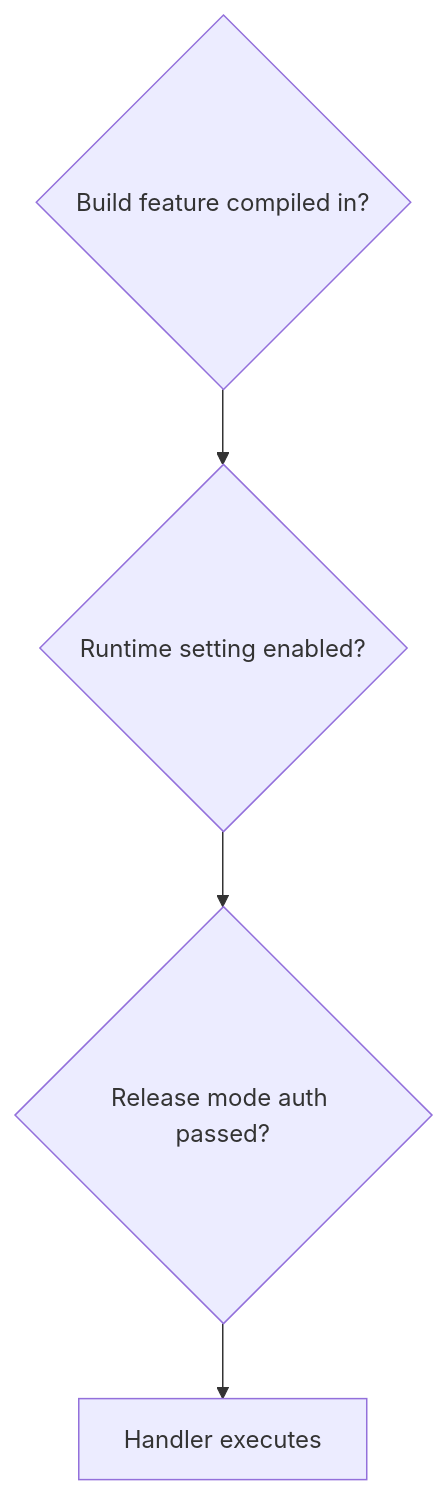
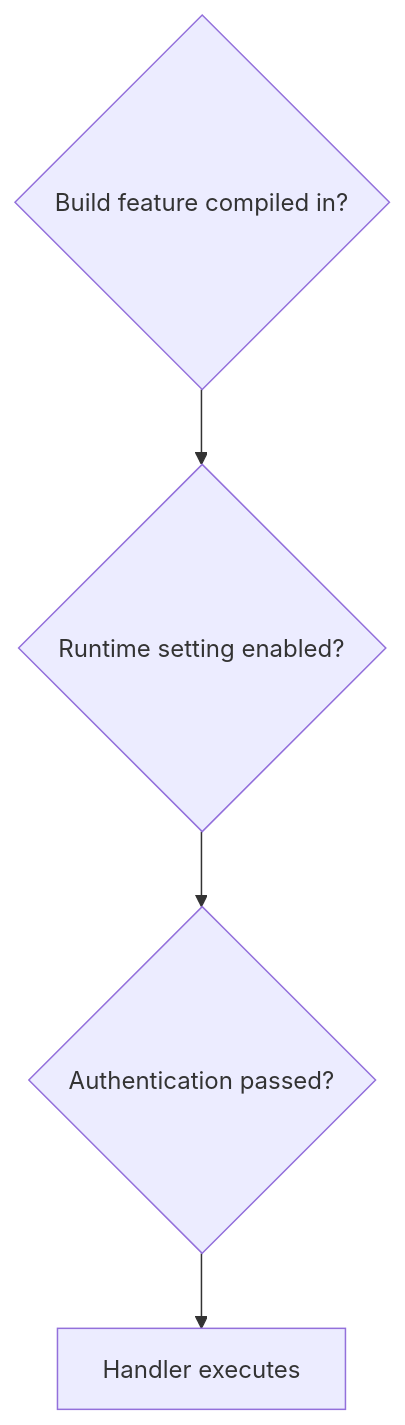
Before and after one commit to stevessr/agent-ebpf-filter: the diagram in docs/security/runtime-gates-auth.md, drawn with Mermaid. The commit also changed other lines of this file and 29 other files, not shown here.

````diff
--- a/docs/security/runtime-gates-auth.md
+++ b/docs/security/runtime-gates-auth.md
@@ -7,6 +7,6 @@
 ```mermaid
 flowchart TD
     Build{"Build feature compiled in?"} --> Runtime{"Runtime setting enabled?"}
-    Runtime --> Auth{"Release mode auth passed?"}
+    Runtime --> Auth{"Authentication passed?"}
     Auth --> Handler["Handler executes"]
 ```
````
